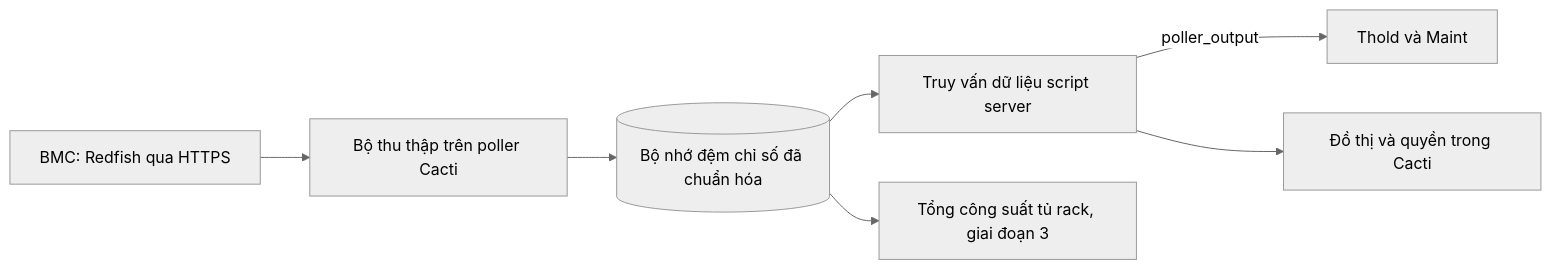
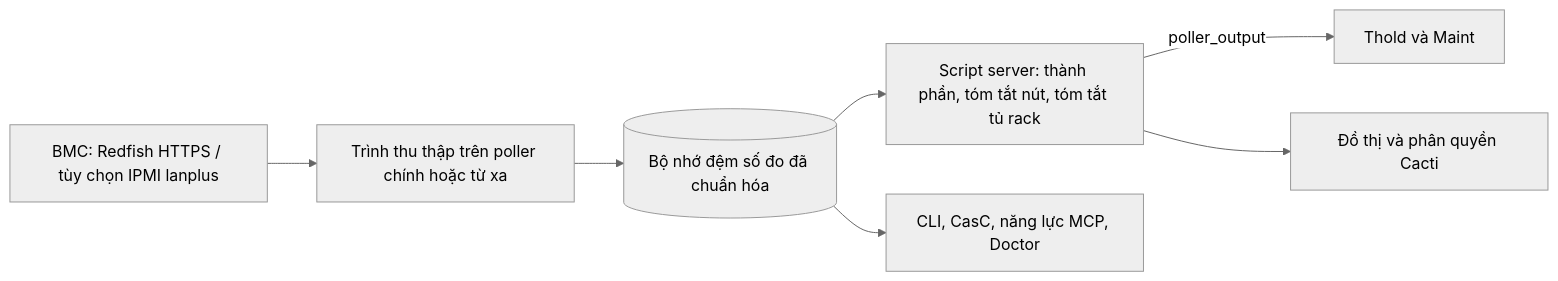
The diagram in docs/i18n/vi-VN/README.md (somethingwithproof/plugin_redfish), drawn with Mermaid (neutral theme) before and after one commit. The commit also changed other lines of this file and 47 other files, not shown here.

````diff
--- a/docs/i18n/vi-VN/README.md
+++ b/docs/i18n/vi-VN/README.md
@@ -100,9 +140,9 @@
 ```mermaid
 flowchart LR
-    BMC[BMC: Redfish qua HTTPS] --> C[Bộ thu thập trên poller Cacti]
-    C --> CACHE[(Bộ nhớ đệm chỉ số đã chuẩn hóa)]
-    CACHE --> SS[Truy vấn dữ liệu script server]
-    SS -->|poller_output| T[Thold và Maint]
-    SS --> G[Đồ thị và quyền trong Cacti]
-    CACHE --> R[Tổng công suất tủ rack, giai đoạn 3]
+    BMC["BMC: Redfish HTTPS / tùy chọn IPMI lanplus"] --> C["Trình thu thập trên poller chính hoặc từ xa"]
+    C --> CACHE[("Bộ nhớ đệm số đo đã chuẩn hóa")]
+    CACHE --> SS["Script server: thành phần, tóm tắt nút, tóm tắt tủ rack"]
+    SS -->|poller_output| T["Thold và Maint"]
+    SS --> G["Đồ thị và phân quyền Cacti"]
+    CACHE --> ECO["CLI, CasC, năng lực MCP, Doctor"]
 ```
````
